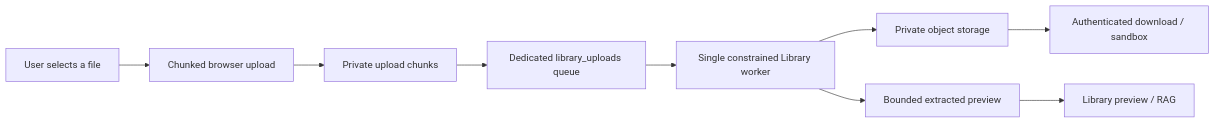
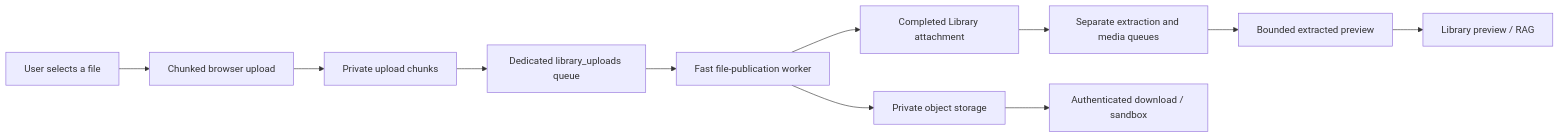
Before and after one commit to sainibhaowal/AverQel: the diagram in backend/docs/library/04-large-library-imports.md, drawn with Mermaid. The commit also changed other lines of this file and 425 other files, not shown here.

````diff
--- a/backend/docs/library/04-large-library-imports.md
+++ b/backend/docs/library/04-large-library-imports.md
@@ -11,11 +11,13 @@
 ```mermaid
 flowchart LR
     U[User selects a file] --> B[Chunked browser upload]
     B --> S[Private upload chunks]
     S --> Q[Dedicated library_uploads queue]
-    Q --> W[Single constrained Library worker]
+    Q --> W[Fast file-publication worker]
     W --> O[Private object storage]
-    W --> P[Bounded extracted preview]
+    W --> X[Completed Library attachment]
+    X --> E[Separate extraction and media queues]
+    E --> P[Bounded extracted preview]
     P --> L[Library preview / RAG]
     O --> D[Authenticated download / sandbox]
 ```
````
